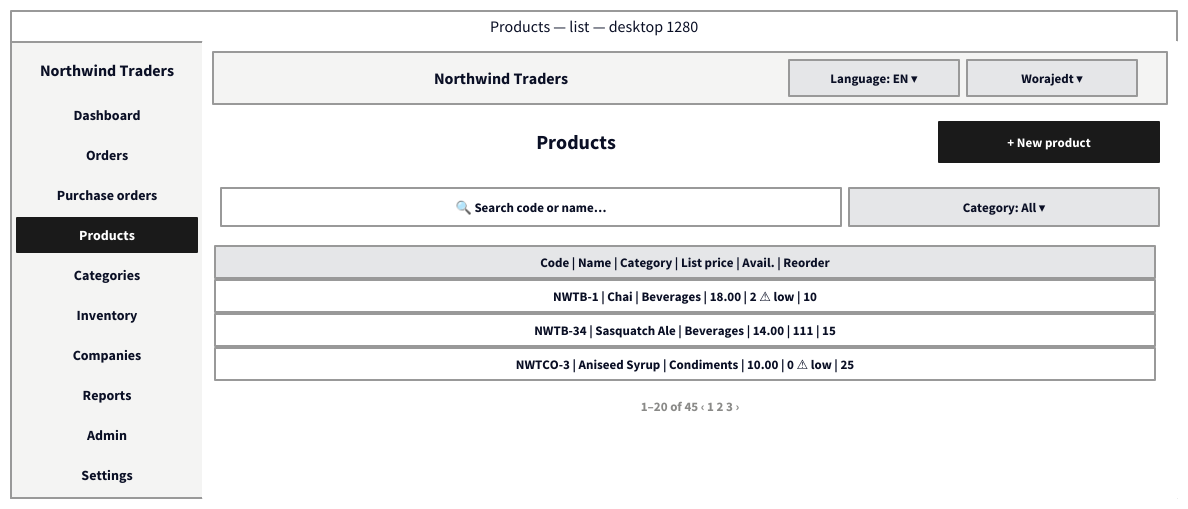
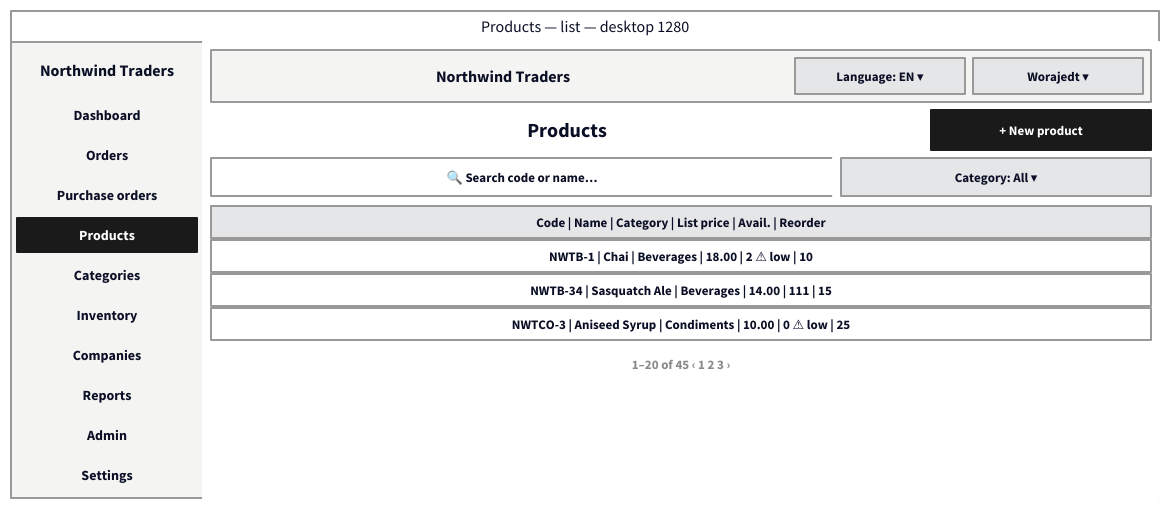
Before and after one commit to jedt3d/northwind-design: the diagram in docs/07-wireframes/05-products-list.desktop.d2, drawn with D2. The commit also changed 99 other files, not shown here.

Commit message:
feat: dashboard analytics (7 chart panels), companies lifetime totals, table header alignment fix; docs+wireframes updated; 86 tests green

```diff
--- a/docs/07-wireframes/05-products-list.desktop.d2
+++ b/docs/07-wireframes/05-products-list.desktop.d2
@@ -1,88 +1,91 @@
 # PRD: F4 Products list (desktop 1280)
 # GUI wireframe: one page frame, sidebar left, topbar on top, content zones stacked.
 direction: down
 
 classes: {
   frame: {style: {fill: "#ffffff"; stroke: "#999999"; stroke-width: 2; font-size: 16}}
   plain: {style: {fill: "#ffffff"; stroke: "#ffffff"}}
   bar: {style: {fill: "#f4f4f3"; stroke: "#999999"}}
   barlbl: {style: {fill: "#f4f4f3"; stroke: "#f4f4f3"}}
   slogo: {style: {fill: "#f4f4f3"; stroke: "#f4f4f3"; bold: true; font-size: 16}}
   nav: {style: {fill: "#f4f4f3"; stroke: "#f4f4f3"; font-size: 14}}
   navon: {style: {fill: "#1a1a1a"; stroke: "#1a1a1a"; font-color: "#ffffff"; font-size: 14}}
   h1: {style: {fill: "#ffffff"; stroke: "#ffffff"; bold: true; font-size: 20}}
   txt: {style: {fill: "#ffffff"; stroke: "#ffffff"; font-size: 13}}
   muted: {style: {fill: "#ffffff"; stroke: "#ffffff"; font-color: "#8a8a88"; font-size: 13}}
   zone: {style: {fill: "#ffffff"; stroke: "#999999"; font-size: 13}}
   field: {style: {fill: "#ffffff"; stroke: "#999999"; font-size: 13}}
   btn: {style: {fill: "#e5e6e8"; stroke: "#999999"; font-size: 13}}
   primary: {style: {fill: "#1a1a1a"; stroke: "#1a1a1a"; font-color: "#ffffff"; font-size: 13}}
   head: {style: {fill: "#e5e6e8"; stroke: "#999999"; bold: true; font-size: 13}}
   cell: {style: {fill: "#ffffff"; stroke: "#999999"; font-size: 13}}
 }
 
 page: {
   label: "Products — list — desktop 1280"
   class: frame
   grid-columns: 2
   grid-gap: 0
   sidebar: {
     label: ""
     class: bar
     grid-columns: 1
     grid-gap: 6
     logo: {label: "Northwind Traders"; class: slogo; width: 180; height: 44}
     n0: {label: "Dashboard"; class: nav; width: 180; height: 34}
     n1: {label: "Orders"; class: nav; width: 180; height: 34}
     n2: {label: "Purchase orders"; class: nav; width: 180; height: 34}
     n3: {label: "Products"; class: navon; width: 180; height: 34}
     n4: {label: "Categories"; class: nav; width: 180; height: 34}
     n5: {label: "Inventory"; class: nav; width: 180; height: 34}
     n6: {label: "Companies"; class: nav; width: 180; height: 34}
     n7: {label: "Reports"; class: nav; width: 180; height: 34}
     n8: {label: "Admin"; class: nav; width: 180; height: 34}
     n9: {label: "Settings"; class: nav; width: 180; height: 34}
   }
   main: {
     label: ""
     class: plain
     grid-columns: 1
-    grid-gap: 10
+    grid-gap: 8
     topbar: {
       label: ""
       class: bar
       grid-columns: 3
       grid-gap: 8
-      apptitle: {label: "Northwind Traders"; class: barlbl; width: 560; height: 36}
+      apptitle: {label: "Northwind Traders"; class: barlbl; width: 568; height: 36}
       lang: {label: "Language: EN ▾"; class: btn; width: 170; height: 36}
       user: {label: "Worajedt ▾"; class: btn; width: 170; height: 36}
     }
     hdr: {
       label: ""
       class: plain
-      grid-columns: 2
-      grid-gap: 8
-      h1: {label: "Products"; class: h1; width: 710; height: 40}
+      grid-columns: 3
+      grid-gap: 0
+      h1: {label: "Products"; class: h1; width: 712; height: 40}
+      gsp1: {label: ""; class: plain; width: 8; height: 40}
       new: {label: "+ New product"; class: primary; width: 220; height: 40}
     }
     tools: {
       label: ""
       class: plain
-      grid-columns: 2
-      grid-gap: 8
-      search: {label: "🔍 Search code or name…"; class: field; width: 620; height: 38}
+      grid-columns: 3
+      grid-gap: 0
+      search: {label: "🔍 Search code or name…"; class: field; width: 622; height: 38}
+      gsp1: {label: ""; class: plain; width: 8; height: 38}
       filt: {label: "Category: All ▾"; class: btn; width: 310; height: 38}
     }
     table: {
       label: ""
       class: plain
       grid-columns: 1
-      grid-gap: 2
+      horizontal-gap: 0
+      vertical-gap: 2
       hd: {label: "Code | Name | Category | List price | Avail. | Reorder"; class: head; width: 940; height: 32}
       r0: {label: "NWTB-1 | Chai | Beverages | 18.00 | 2  ⚠ low | 10"; class: cell; width: 940; height: 32}
       r1: {label: "NWTB-34 | Sasquatch Ale | Beverages | 14.00 | 111 | 15"; class: cell; width: 940; height: 32}
       r2: {label: "NWTCO-3 | Aniseed Syrup | Condiments | 10.00 | 0  ⚠ low | 25"; class: cell; width: 940; height: 32}
     }
     pager: {label: "1–20 of 45    ‹  1  2  3  ›"; class: muted; width: 940; height: 28}
   }
 }
```
